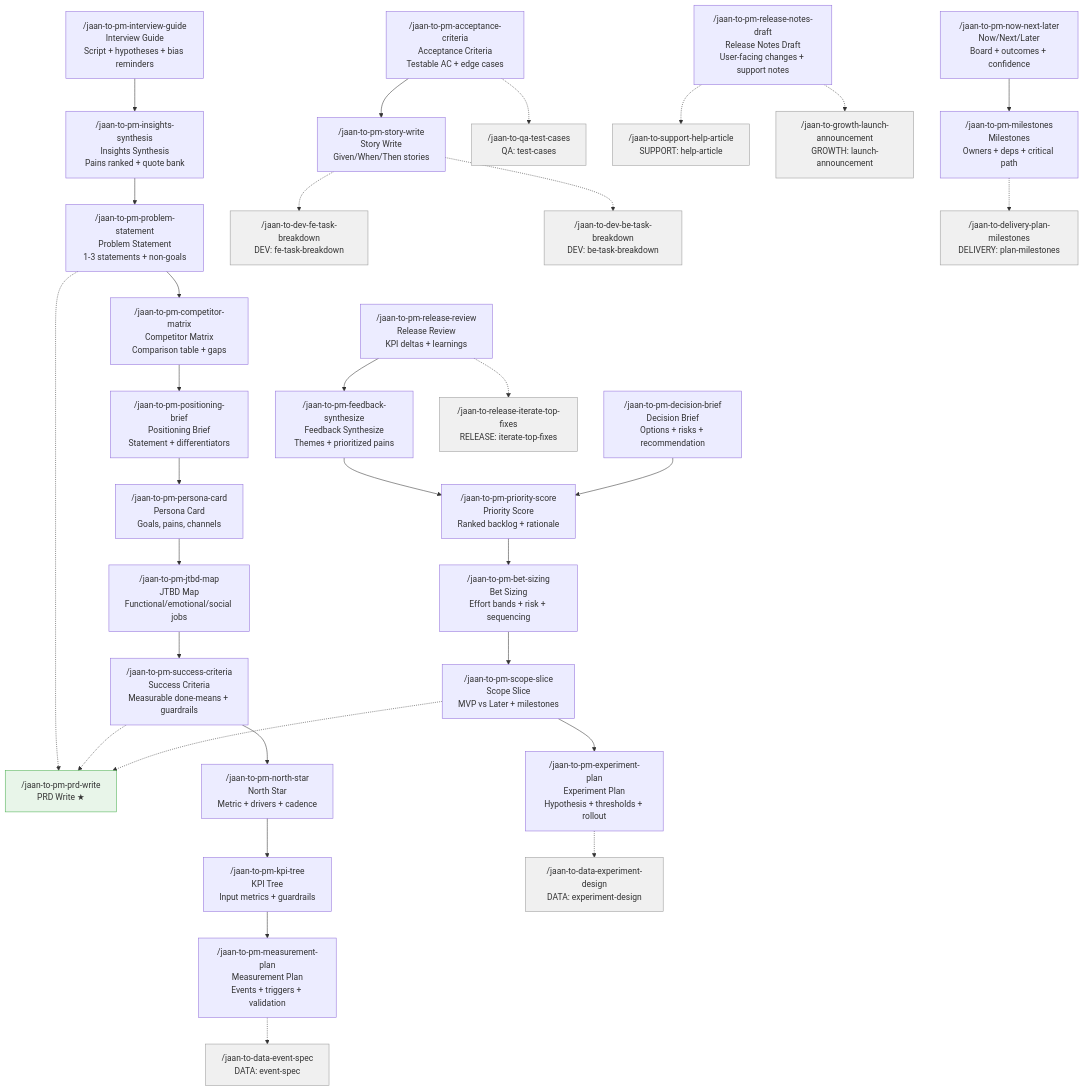
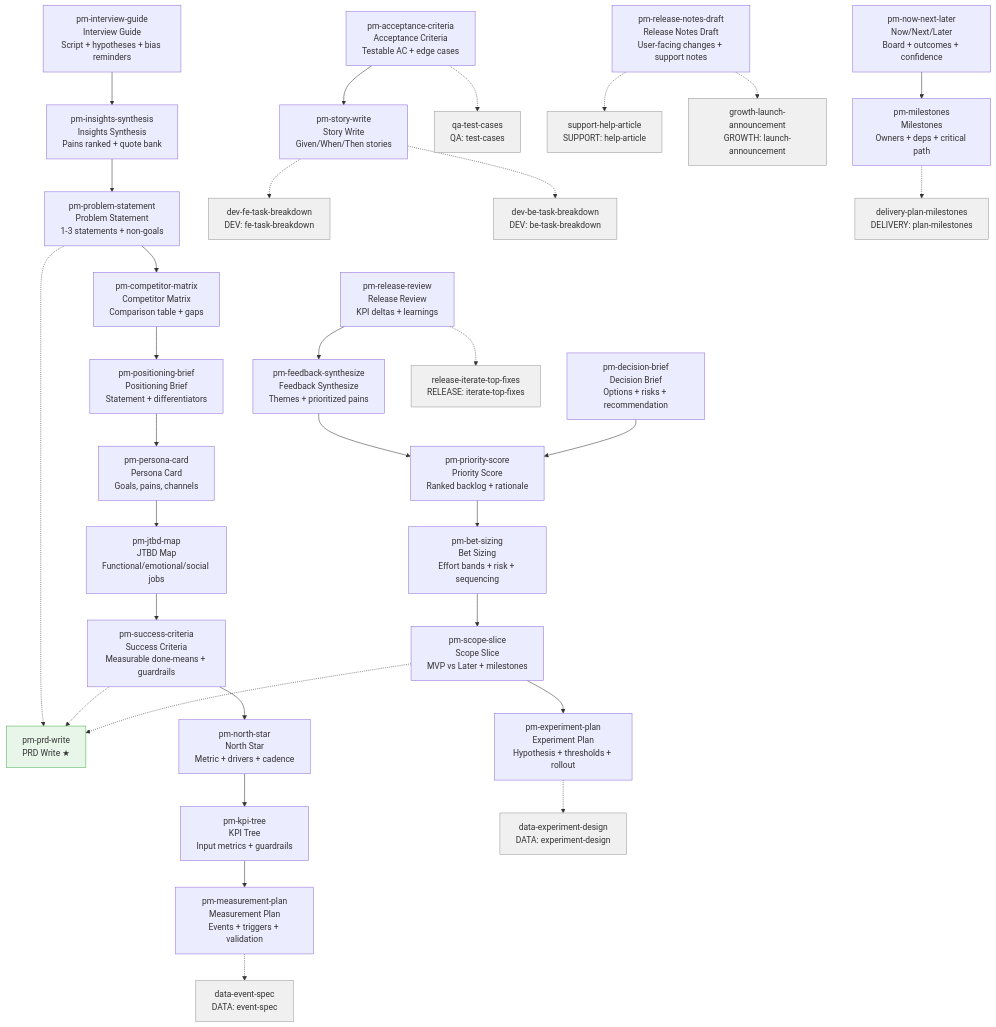
One commit to parhumm/jaan-to changed the diagram in roadmaps/jaan-to/tasks/role-skills/pm.md. Above: the diagram before and after it, drawn with Mermaid. The commit also changed 10 other files, not shown here.

First line of the commit message:
fix(roadmap): Fix Mermaid userflow schemas across all 11 role-skills files

````diff
--- a/roadmaps/jaan-to/tasks/role-skills/pm.md
+++ b/roadmaps/jaan-to/tasks/role-skills/pm.md
@@ -9,44 +9,44 @@
 ```mermaid
 flowchart TD
-    jaan-to-pm-interview-guide["/jaan-to-pm-interview-guide\nInterview Guide\nScript + hypotheses + bias reminders"] --> jaan-to-pm-insights-synthesis["/jaan-to-pm-insights-synthesis\nInsights Synthesis\nPains ranked + quote bank"]
-    jaan-to-pm-insights-synthesis["/jaan-to-pm-insights-synthesis\nInsights Synthesis\nPains ranked + quote bank"] --> jaan-to-pm-problem-statement["/jaan-to-pm-problem-statement\nProblem Statement\n1-3 statements + non-goals"]
-    jaan-to-pm-problem-statement["/jaan-to-pm-problem-statement\nProblem Statement\n1-3 statements + non-goals"] --> jaan-to-pm-competitor-matrix["/jaan-to-pm-competitor-matrix\nCompetitor Matrix\nComparison table + gaps"]
-    jaan-to-pm-problem-statement["/jaan-to-pm-problem-statement\nProblem Statement\n1-3 statements + non-goals"] -.-> jaan-to-pm-prd-write["/jaan-to-pm-prd-write\nPRD Write ★"]
-    jaan-to-pm-competitor-matrix["/jaan-to-pm-competitor-matrix\nCompetitor Matrix\nComparison table + gaps"] --> jaan-to-pm-positioning-brief["/jaan-to-pm-positioning-brief\nPositioning Brief\nStatement + differentiators"]
-    jaan-to-pm-positioning-brief["/jaan-to-pm-positioning-brief\nPositioning Brief\nStatement + differentiators"] --> jaan-to-pm-persona-card["/jaan-to-pm-persona-card\nPersona Card\nGoals, pains, channels"]
-    jaan-to-pm-persona-card["/jaan-to-pm-persona-card\nPersona Card\nGoals, pains, channels"] --> jaan-to-pm-jtbd-map["/jaan-to-pm-jtbd-map\nJTBD Map\nFunctional/emotional/social jobs"]
-    jaan-to-pm-jtbd-map["/jaan-to-pm-jtbd-map\nJTBD Map\nFunctional/emotional/social jobs"] --> jaan-to-pm-success-criteria["/jaan-to-pm-success-criteria\nSuccess Criteria\nMeasurable done-means + guardrails"]
-    jaan-to-pm-success-criteria["/jaan-to-pm-success-criteria\nSuccess Criteria\nMeasurable done-means + guardrails"] --> jaan-to-pm-north-star["/jaan-to-pm-north-star\nNorth Star\nMetric + drivers + cadence"]
-    jaan-to-pm-success-criteria["/jaan-to-pm-success-criteria\nSuccess Criteria\nMeasurable done-means + guardrails"] -.-> jaan-to-pm-prd-write["/jaan-to-pm-prd-write\nPRD Write ★"]
-    jaan-to-pm-north-star["/jaan-to-pm-north-star\nNorth Star\nMetric + drivers + cadence"] --> jaan-to-pm-kpi-tree["/jaan-to-pm-kpi-tree\nKPI Tree\nInput metrics + guardrails"]
-    jaan-to-pm-kpi-tree["/jaan-to-pm-kpi-tree\nKPI Tree\nInput metrics + guardrails"] --> jaan-to-pm-measurement-plan["/jaan-to-pm-measurement-plan\nMeasurement Plan\nEvents + triggers + validation"]
-    jaan-to-pm-measurement-plan["/jaan-to-pm-measurement-plan\nMeasurement Plan\nEvents + triggers + validation"] -.-> jaan-to-data-event-spec["/jaan-to-data-event-spec\nDATA: event-spec"]
-    jaan-to-pm-feedback-synthesize["/jaan-to-pm-feedback-synthesize\nFeedback Synthesize\nThemes + prioritized pains"] --> jaan-to-pm-priority-score["/jaan-to-pm-priority-score\nPriority Score\nRanked backlog + rationale"]
-    jaan-to-pm-decision-brief["/jaan-to-pm-decision-brief\nDecision Brief\nOptions + risks + recommendation"] --> jaan-to-pm-priority-score["/jaan-to-pm-priority-score\nPriority Score\nRanked backlog + rationale"]
-    jaan-to-pm-priority-score["/jaan-to-pm-priority-score\nPriority Score\nRanked backlog + rationale"] --> jaan-to-pm-bet-sizing["/jaan-to-pm-bet-sizing\nBet Sizing\nEffort bands + risk + sequencing"]
-    jaan-to-pm-bet-sizing["/jaan-to-pm-bet-sizing\nBet Sizing\nEffort bands + risk + sequencing"] --> jaan-to-pm-scope-slice["/jaan-to-pm-scope-slice\nScope Slice\nMVP vs Later + milestones"]
-    jaan-to-pm-scope-slice["/jaan-to-pm-scope-slice\nScope Slice\nMVP vs Later + milestones"] --> jaan-to-pm-experiment-plan["/jaan-to-pm-experiment-plan\nExperiment Plan\nHypothesis + thresholds + rollout"]
-    jaan-to-pm-scope-slice["/jaan-to-pm-scope-slice\nScope Slice\nMVP vs Later + milestones"] -.-> jaan-to-pm-prd-write["/jaan-to-pm-prd-write\nPRD Write ★"]
-    jaan-to-pm-experiment-plan["/jaan-to-pm-experiment-plan\nExperiment Plan\nHypothesis + thresholds + rollout"] -.-> jaan-to-data-experiment-design["/jaan-to-data-experiment-design\nDATA: experiment-design"]
-    jaan-to-pm-acceptance-criteria["/jaan-to-pm-acceptance-criteria\nAcceptance Criteria\nTestable AC + edge cases"] --> jaan-to-pm-story-write["/jaan-to-pm-story-write\nStory Write\nGiven/When/Then stories"]
-    jaan-to-pm-acceptance-criteria["/jaan-to-pm-acceptance-criteria\nAcceptance Criteria\nTestable AC + edge cases"] -.-> jaan-to-qa-test-cases["/jaan-to-qa-test-cases\nQA: test-cases"]
-    jaan-to-pm-story-write["/jaan-to-pm-story-write\nStory Write\nGiven/When/Then stories"] -.-> jaan-to-dev-fe-task-breakdown["/jaan-to-dev-fe-task-breakdown\nDEV: fe-task-breakdown"]
-    jaan-to-pm-story-write["/jaan-to-pm-story-write\nStory Write\nGiven/When/Then stories"] -.-> jaan-to-dev-be-task-breakdown["/jaan-to-dev-be-task-breakdown\nDEV: be-task-breakdown"]
-    jaan-to-pm-release-notes-draft["/jaan-to-pm-release-notes-draft\nRelease Notes Draft\nUser-facing changes + support notes"] -.-> jaan-to-support-help-article["/jaan-to-support-help-article\nSUPPORT: help-article"]
-    jaan-to-pm-release-notes-draft["/jaan-to-pm-release-notes-draft\nRelease Notes Draft\nUser-facing changes + support notes"] -.-> jaan-to-growth-launch-announcement["/jaan-to-growth-launch-announcement\nGROWTH: launch-announcement"]
-    jaan-to-pm-now-next-later["/jaan-to-pm-now-next-later\nNow/Next/Later\nBoard + outcomes + confidence"] --> jaan-to-pm-milestones["/jaan-to-pm-milestones\nMilestones\nOwners + deps + critical path"]
-    jaan-to-pm-milestones["/jaan-to-pm-milestones\nMilestones\nOwners + deps + critical path"] -.-> jaan-to-delivery-plan-milestones["/jaan-to-delivery-plan-milestones\nDELIVERY: plan-milestones"]
-    jaan-to-pm-release-review["/jaan-to-pm-release-review\nRelease Review\nKPI deltas + learnings"] --> jaan-to-pm-feedback-synthesize["/jaan-to-pm-feedback-synthesize\nFeedback Synthesize\nThemes + prioritized pains"]
-    jaan-to-pm-release-review["/jaan-to-pm-release-review\nRelease Review\nKPI deltas + learnings"] -.-> jaan-to-release-iterate-top-fixes["/jaan-to-release-iterate-top-fixes\nRELEASE: iterate-top-fixes"]
+    jaan-to-pm-interview-guide["pm-interview-guide<br>Interview Guide<br>Script + hypotheses + bias reminders"] --> jaan-to-pm-insights-synthesis["pm-insights-synthesis<br>Insights Synthesis<br>Pains ranked + quote bank"]
+    jaan-to-pm-insights-synthesis["pm-insights-synthesis<br>Insights Synthesis<br>Pains ranked + quote bank"] --> jaan-to-pm-problem-statement["pm-problem-statement<br>Problem Statement<br>1-3 statements + non-goals"]
+    jaan-to-pm-problem-statement["pm-problem-statement<br>Problem Statement<br>1-3 statements + non-goals"] --> jaan-to-pm-competitor-matrix["pm-competitor-matrix<br>Competitor Matrix<br>Comparison table + gaps"]
+    jaan-to-pm-problem-statement["pm-problem-statement<br>Problem Statement<br>1-3 statements + non-goals"] -.-> jaan-to-pm-prd-write["pm-prd-write<br>PRD Write ★"]
+    jaan-to-pm-competitor-matrix["pm-competitor-matrix<br>Competitor Matrix<br>Comparison table + gaps"] --> jaan-to-pm-positioning-brief["pm-positioning-brief<br>Positioning Brief<br>Statement + differentiators"]
+    jaan-to-pm-positioning-brief["pm-positioning-brief<br>Positioning Brief<br>Statement + differentiators"] --> jaan-to-pm-persona-card["pm-persona-card<br>Persona Card<br>Goals, pains, channels"]
+    jaan-to-pm-persona-card["pm-persona-card<br>Persona Card<br>Goals, pains, channels"] --> jaan-to-pm-jtbd-map["pm-jtbd-map<br>JTBD Map<br>Functional/emotional/social jobs"]
+    jaan-to-pm-jtbd-map["pm-jtbd-map<br>JTBD Map<br>Functional/emotional/social jobs"] --> jaan-to-pm-success-criteria["pm-success-criteria<br>Success Criteria<br>Measurable done-means + guardrails"]
+    jaan-to-pm-success-criteria["pm-success-criteria<br>Success Criteria<br>Measurable done-means + guardrails"] --> jaan-to-pm-north-star["pm-north-star<br>North Star<br>Metric + drivers + cadence"]
+    jaan-to-pm-success-criteria["pm-success-criteria<br>Success Criteria<br>Measurable done-means + guardrails"] -.-> jaan-to-pm-prd-write["pm-prd-write<br>PRD Write ★"]
+    jaan-to-pm-north-star["pm-north-star<br>North Star<br>Metric + drivers + cadence"] --> jaan-to-pm-kpi-tree["pm-kpi-tree<br>KPI Tree<br>Input metrics + guardrails"]
+    jaan-to-pm-kpi-tree["pm-kpi-tree<br>KPI Tree<br>Input metrics + guardrails"] --> jaan-to-pm-measurement-plan["pm-measurement-plan<br>Measurement Plan<br>Events + triggers + validation"]
+    jaan-to-pm-measurement-plan["pm-measurement-plan<br>Measurement Plan<br>Events + triggers + validation"] -.-> jaan-to-data-event-spec["data-event-spec<br>DATA: event-spec"]
+    jaan-to-pm-feedback-synthesize["pm-feedback-synthesize<br>Feedback Synthesize<br>Themes + prioritized pains"] --> jaan-to-pm-priority-score["pm-priority-score<br>Priority Score<br>Ranked backlog + rationale"]
+    jaan-to-pm-decision-brief["pm-decision-brief<br>Decision Brief<br>Options + risks + recommendation"] --> jaan-to-pm-priority-score["pm-priority-score<br>Priority Score<br>Ranked backlog + rationale"]
+    jaan-to-pm-priority-score["pm-priority-score<br>Priority Score<br>Ranked backlog + rationale"] --> jaan-to-pm-bet-sizing["pm-bet-sizing<br>Bet Sizing<br>Effort bands + risk + sequencing"]
+    jaan-to-pm-bet-sizing["pm-bet-sizing<br>Bet Sizing<br>Effort bands + risk + sequencing"] --> jaan-to-pm-scope-slice["pm-scope-slice<br>Scope Slice<br>MVP vs Later + milestones"]
+    jaan-to-pm-scope-slice["pm-scope-slice<br>Scope Slice<br>MVP vs Later + milestones"] --> jaan-to-pm-experiment-plan["pm-experiment-plan<br>Experiment Plan<br>Hypothesis + thresholds + rollout"]
+    jaan-to-pm-scope-slice["pm-scope-slice<br>Scope Slice<br>MVP vs Later + milestones"] -.-> jaan-to-pm-prd-write["pm-prd-write<br>PRD Write ★"]
+    jaan-to-pm-experiment-plan["pm-experiment-plan<br>Experiment Plan<br>Hypothesis + thresholds + rollout"] -.-> jaan-to-data-experiment-design["data-experiment-design<br>DATA: experiment-design"]
+    jaan-to-pm-acceptance-criteria["pm-acceptance-criteria<br>Acceptance Criteria<br>Testable AC + edge cases"] --> jaan-to-pm-story-write["pm-story-write<br>Story Write<br>Given/When/Then stories"]
+    jaan-to-pm-acceptance-criteria["pm-acceptance-criteria<br>Acceptance Criteria<br>Testable AC + edge cases"] -.-> jaan-to-qa-test-cases["qa-test-cases<br>QA: test-cases"]
+    jaan-to-pm-story-write["pm-story-write<br>Story Write<br>Given/When/Then stories"] -.-> jaan-to-dev-fe-task-breakdown["dev-fe-task-breakdown<br>DEV: fe-task-breakdown"]
+    jaan-to-pm-story-write["pm-story-write<br>Story Write<br>Given/When/Then stories"] -.-> jaan-to-dev-be-task-breakdown["dev-be-task-breakdown<br>DEV: be-task-breakdown"]
+    jaan-to-pm-release-notes-draft["pm-release-notes-draft<br>Release Notes Draft<br>User-facing changes + support notes"] -.-> jaan-to-support-help-article["support-help-article<br>SUPPORT: help-article"]
+    jaan-to-pm-release-notes-draft["pm-release-notes-draft<br>Release Notes Draft<br>User-facing changes + support notes"] -.-> jaan-to-growth-launch-announcement["growth-launch-announcement<br>GROWTH: launch-announcement"]
+    jaan-to-pm-now-next-later["pm-now-next-later<br>Now/Next/Later<br>Board + outcomes + confidence"] --> jaan-to-pm-milestones["pm-milestones<br>Milestones<br>Owners + deps + critical path"]
+    jaan-to-pm-milestones["pm-milestones<br>Milestones<br>Owners + deps + critical path"] -.-> jaan-to-delivery-plan-milestones["delivery-plan-milestones<br>DELIVERY: plan-milestones"]
+    jaan-to-pm-release-review["pm-release-review<br>Release Review<br>KPI deltas + learnings"] --> jaan-to-pm-feedback-synthesize["pm-feedback-synthesize<br>Feedback Synthesize<br>Themes + prioritized pains"]
+    jaan-to-pm-release-review["pm-release-review<br>Release Review<br>KPI deltas + learnings"] -.-> jaan-to-release-iterate-top-fixes["release-iterate-top-fixes<br>RELEASE: iterate-top-fixes"]
 
     style jaan-to-pm-prd-write fill:#e8f5e9,stroke:#4caf50
     style jaan-to-data-event-spec fill:#f0f0f0,stroke:#999
     style jaan-to-data-experiment-design fill:#f0f0f0,stroke:#999
     style jaan-to-qa-test-cases fill:#f0f0f0,stroke:#999
     style jaan-to-dev-fe-task-breakdown fill:#f0f0f0,stroke:#999
     style jaan-to-dev-be-task-breakdown fill:#f0f0f0,stroke:#999
     style jaan-to-support-help-article fill:#f0f0f0,stroke:#999
     style jaan-to-growth-launch-announcement fill:#f0f0f0,stroke:#999
     style jaan-to-delivery-plan-milestones fill:#f0f0f0,stroke:#999
     style jaan-to-release-iterate-top-fixes fill:#f0f0f0,stroke:#999
 ```
````
